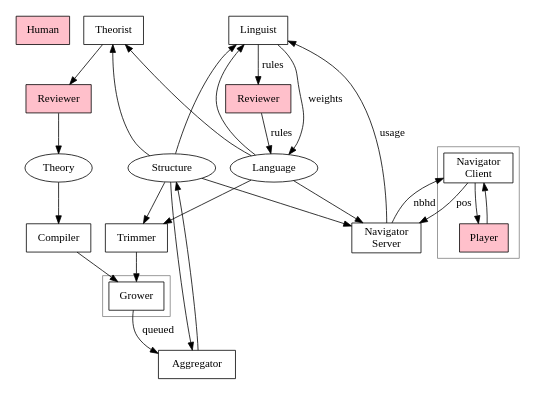
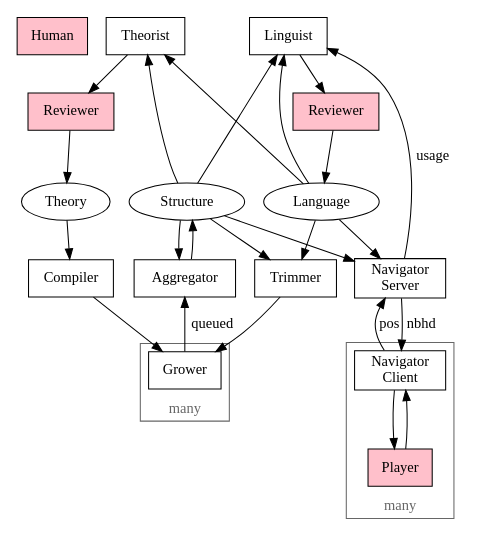
Before and after one commit to fritzo/pomagma: the diagram in doc/architecture.dot, drawn with Graphviz. The commit also changed 2 other files, not shown here.

Commit message:
Simplify system architecture diagram

```diff
--- a/doc/architecture.dot
+++ b/doc/architecture.dot
@@ -1,64 +1,90 @@
 digraph G {
 	overlap=false;
 	size="4,4";
 
 	node [shape=box];
-	Human [style=filled, fillcolor=pink];
 
-	lang_reviewer [label="Reviewer", style=filled, fillcolor=pink];
-	theory_reviewer [label="Reviewer", style=filled, fillcolor=pink];
+	//subgraph cluster_legend {
+	//	rank = "min";
+		Human [style=filled, fillcolor=pink];
+	//	Process;
+	//	Data [shape=ellipse];
+	//	color = "#666666";
+	//}
 
 	{
-		rank="min";
+		rank = "min";
 	 	Theorist;
 		Linguist;
 	}
 
+	{
+		rank = "same";
+		node [label="Reviewer", style=filled, fillcolor=pink];
+		lang_reviewer;
+		theory_reviewer;
+	}
+
+	{
+	 	rank="same";
+		Language [shape=ellipse];
+		Theory [shape=ellipse];
+		Structure [shape=ellipse];
+	}
+
+	{
+		rank="same";
+		Trimmer;
+		Aggregator;
+		Compiler;
+		nav_server [label="Navigator\nServer"];
+	}
+
 	subgraph cluster_grower {
-		color = gray;
-		{ rank="min"; Grower; }
+		Grower;
+
+		color = "#666666";
+		fontcolor = "#666666";
+		label = "many";
+		labelloc = "b";
+	}
+
+	subgraph cluster_navigator {
+		rank="max";
+		{ rank="max"; Player [style=filled, fillcolor=pink]; }
+		nav_client [label="Navigator\nClient"];
+
+		color = "#666666";
+		fontcolor = "#666666";
+		label = "many";
+		labelloc = "b";
 	}
 
 	Structure -> Trimmer;
 	Language -> Trimmer;
 	Trimmer -> Grower;
 	Grower -> Aggregator [label="queued"];
 	Aggregator -> Structure;
 	Structure -> Aggregator;
 
 	Structure -> Theorist;
 	Language ->  Theorist;
 	Theorist -> theory_reviewer;
 	theory_reviewer -> Theory;
 	Theory -> Compiler -> Grower;
 
 	Structure -> Linguist;
 	Language -> Linguist;
-	//Linguist -> lang_reviewer -> Language;
-	Linguist -> Language [label="weights"];
-	Linguist -> lang_reviewer -> Language [label="rules"];
-
-	subgraph cluster_navigator {
-		color = gray;
-		//node [shape=box];
-		{ rank="max"; Player [style=filled, fillcolor=pink]; }
-		nav_client [label="Navigator\nClient"];
-		nav_client -> Player;
-		Player -> nav_client;
-	}
+	Linguist -> lang_reviewer -> Language;
+	//Linguist -> Language [label="weights"];
+	//Linguist -> lang_reviewer -> Language [label="rules"];
 
 	nav_server [label="Navigator\nServer"];
 	nav_client -> nav_server [label="pos"];
 	nav_server -> nav_client [label="nbhd"];
 	Structure -> nav_server;
 	Language -> nav_server;
 	nav_server -> Linguist [label="usage"];
-
-	// data
-	{
-	 	rank="same";
-		Language [shape=ellipse, rank="min"];
-		Theory [shape=ellipse];
-		Structure [shape=ellipse];
-	}
+	nav_client -> Player;
+	Player -> nav_client;
 }
```
